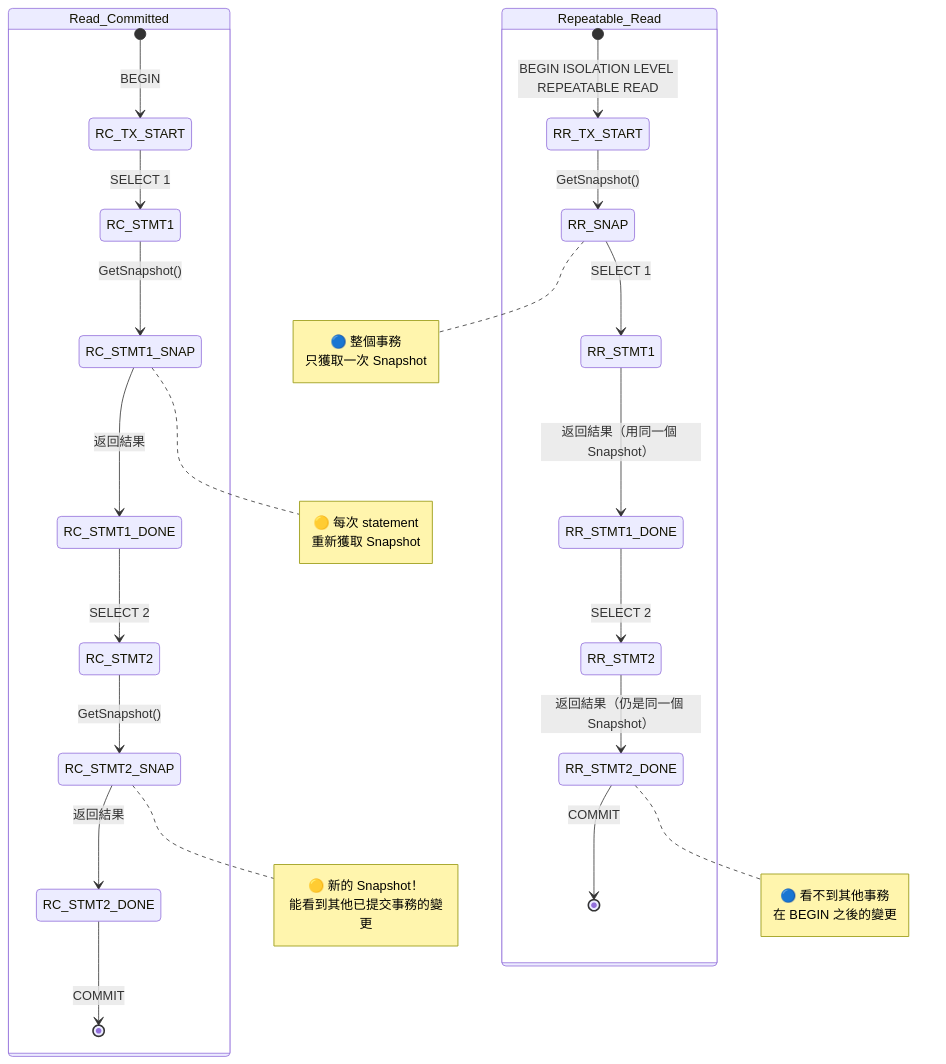
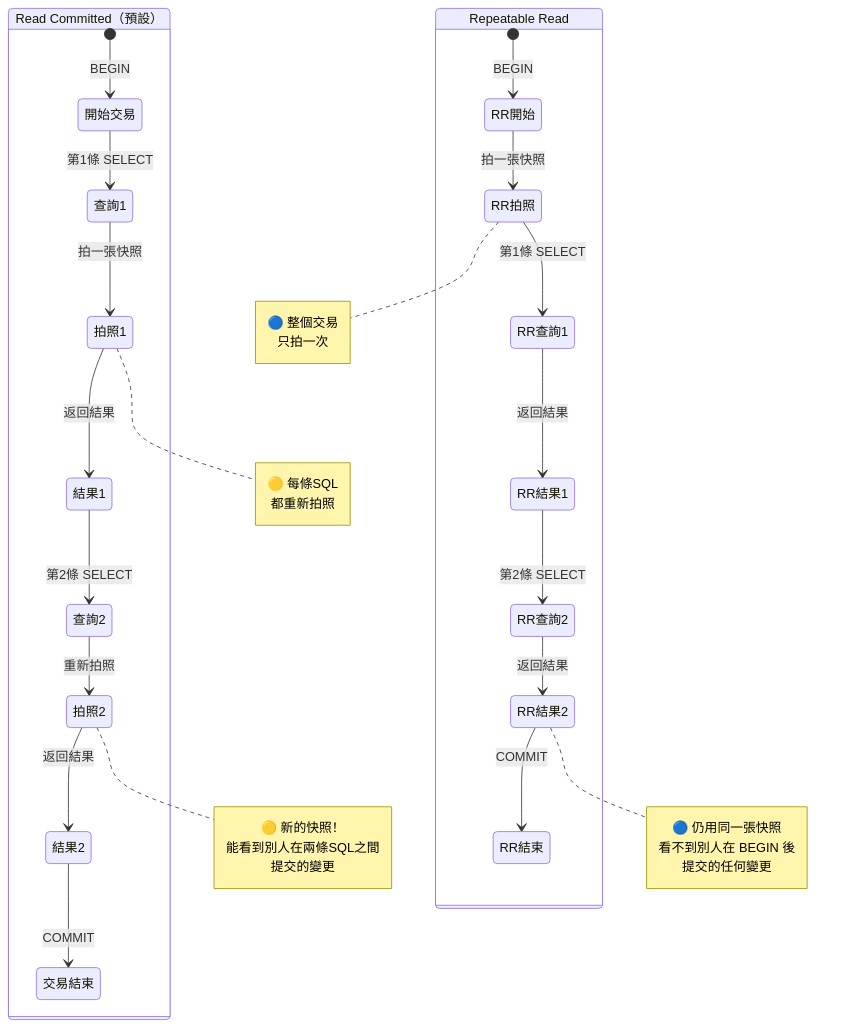
One commit to henry-tpwong/postgresql_note changed the third of 25 diagrams in transaction/transaction.md. Above: the diagram before and after it, drawn with Mermaid. The commit also changed other lines of this file, not shown here.

First line of the commit message:
docs(transaction): 重構 Snapshot 概念說明，補 EvalPlanQual / Lost Update / Dirty Read 實例

````diff
--- a/transaction/transaction.md
+++ b/transaction/transaction.md
@@ -34,27 +153,27 @@
 ```mermaid
 stateDiagram-v2
-    state Read_Committed {
-        [*] --> RC_TX_START : BEGIN
-        RC_TX_START --> RC_STMT1 : SELECT 1
-        RC_STMT1 --> RC_STMT1_SNAP : GetSnapshot()
-        note right of RC_STMT1_SNAP : 🟡 每次 statement<br/>重新獲取 Snapshot
-        RC_STMT1_SNAP --> RC_STMT1_DONE : 返回結果
-        RC_STMT1_DONE --> RC_STMT2 : SELECT 2
-        RC_STMT2 --> RC_STMT2_SNAP : GetSnapshot()
-        note right of RC_STMT2_SNAP : 🟡 新的 Snapshot！<br/>能看到其他已提交事務的變更
-        RC_STMT2_SNAP --> RC_STMT2_DONE : 返回結果
-        RC_STMT2_DONE --> [*] : COMMIT
+    state "Read Committed（預設）" as RC {
+        [*] --> 開始交易 : BEGIN
+        開始交易 --> 查詢1 : 第1條 SELECT
+        查詢1 --> 拍照1 : 拍一張快照
+        note right of 拍照1 : 🟡 每條SQL<br/>都重新拍照
+        拍照1 --> 結果1 : 返回結果
+        結果1 --> 查詢2 : 第2條 SELECT
+        查詢2 --> 拍照2 : 重新拍照
+        note right of 拍照2 : 🟡 新的快照！<br/>能看到別人在兩條SQL之間<br/>提交的變更
+        拍照2 --> 結果2 : 返回結果
+        結果2 --> 交易結束 : COMMIT
     }
 
-    state Repeatable_Read {
-        [*] --> RR_TX_START : BEGIN ISOLATION LEVEL REPEATABLE READ
-        RR_TX_START --> RR_SNAP : GetSnapshot()
-        note right of RR_SNAP : 🔵 整個事務<br/>只獲取一次 Snapshot
-        RR_SNAP --> RR_STMT1 : SELECT 1
-        RR_STMT1 --> RR_STMT1_DONE : 返回結果（用同一個 Snapshot）
-        RR_STMT1_DONE --> RR_STMT2 : SELECT 2
-        RR_STMT2 --> RR_STMT2_DONE : 返回結果（仍是同一個 Snapshot）
-        note right of RR_STMT2_DONE : 🔵 看不到其他事務<br/>在 BEGIN 之後的變更
-        RR_STMT2_DONE --> [*] : COMMIT
+    state "Repeatable Read" as RR {
+        [*] --> RR開始 : BEGIN
+        RR開始 --> RR拍照 : 拍一張快照
+        note right of RR拍照 : 🔵 整個交易<br/>只拍一次
+        RR拍照 --> RR查詢1 : 第1條 SELECT
+        RR查詢1 --> RR結果1 : 返回結果
+        RR結果1 --> RR查詢2 : 第2條 SELECT
+        RR查詢2 --> RR結果2 : 返回結果
+        note right of RR結果2 : 🔵 仍用同一張快照<br/>看不到別人在 BEGIN 後<br/>提交的任何變更
+        RR結果2 --> RR結束 : COMMIT
     }
 ```
````
